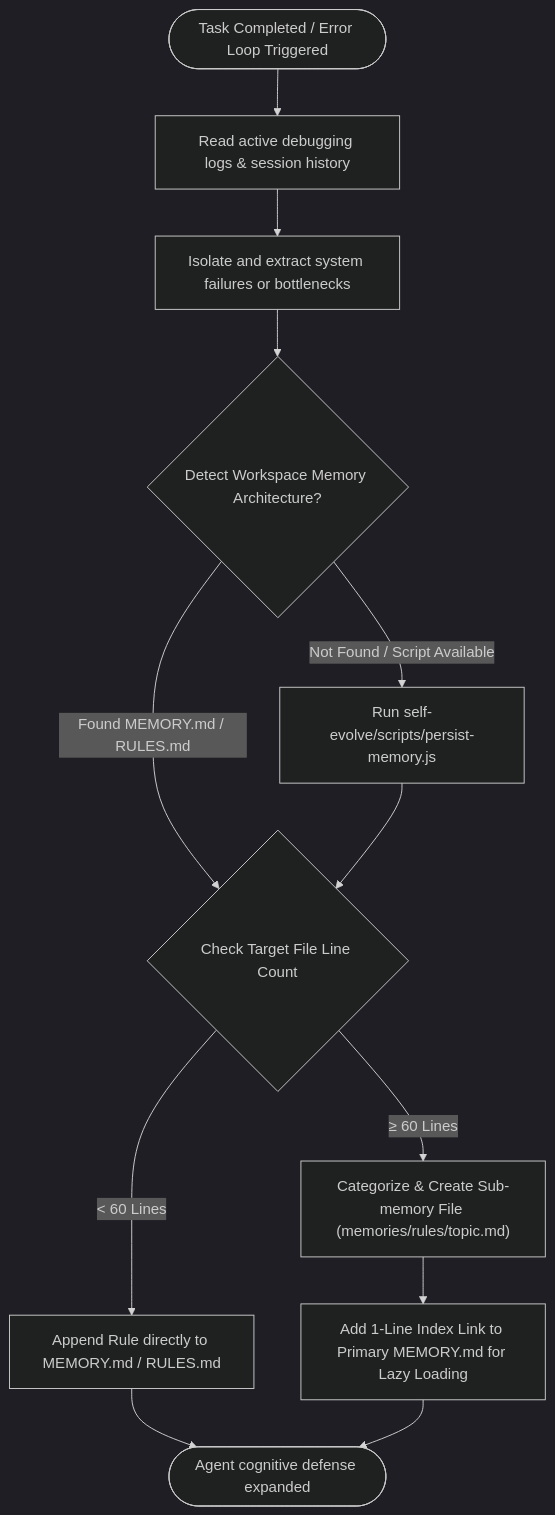
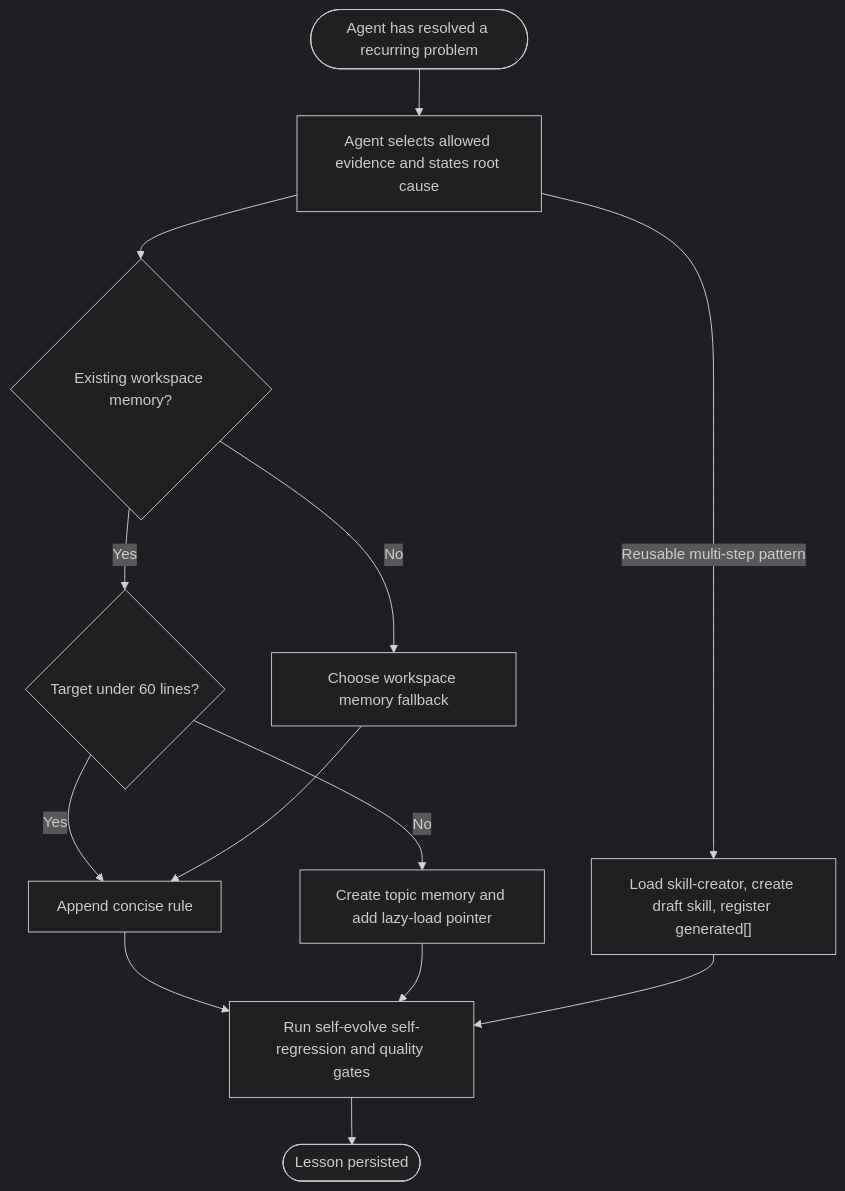
The diagram in docs/workflows/self-evolve.md (dyphn1/Harness-everything), drawn with Mermaid (dark theme) before and after one commit. The commit also changed other lines of this file and 2 other files, not shown here.

Commit message:
fix(self-evolve): clarify transcript responsibility boundary

````diff
--- a/docs/workflows/self-evolve.md
+++ b/docs/workflows/self-evolve.md
@@ -11,17 +11,15 @@
 ```mermaid
 graph TD
-  Start([Task Completed / Error Loop Triggered]) --> ReadSessionLogs["Read active debugging logs & session history"]
-  ReadSessionLogs --> IdentifyRootCauses["Isolate and extract system failures or bottlenecks"]
-  IdentifyRootCauses --> CheckWorkspaceMem{Detect Workspace Memory Architecture?}
-  
-  CheckWorkspaceMem -->|Found MEMORY.md / RULES.md| CheckLines{Check Target File Line Count}
-  CheckWorkspaceMem -->|Not Found / Script Available| RunScript["Run self-evolve/scripts/persist-memory.js"]
-  
-  CheckLines -->|< 60 Lines| DirectAppend["Append Rule directly to MEMORY.md / RULES.md"]
-  CheckLines -->|≥ 60 Lines| ModularSplit["Categorize & Create Sub-memory File (memories/rules/topic.md)"]
-  ModularSplit --> AddIndexPointer["Add 1-Line Index Link to Primary MEMORY.md for Lazy Loading"]
-  
-  RunScript --> CheckLines
-  DirectAppend --> End([Agent cognitive defense expanded])
-  AddIndexPointer --> End
+  Start([Agent has resolved a recurring problem]) --> Evidence["Agent selects allowed evidence and states root cause"]
+  Evidence --> Memory{Existing workspace memory?}
+  Memory -->|Yes| Lines{Target under 60 lines?}
+  Memory -->|No| Route["Choose workspace memory fallback"]
+  Lines -->|Yes| Append["Append concise rule"]
+  Lines -->|No| Modular["Create topic memory and add lazy-load pointer"]
+  Route --> Append
+  Append --> Validate["Run self-evolve self-regression and quality gates"]
+  Modular --> Validate
+  Evidence -->|Reusable multi-step pattern| Dynamic["Load skill-creator, create draft skill, register generated[]"]
+  Dynamic --> Validate
+  Validate --> Done([Lesson persisted])
 ```
````
